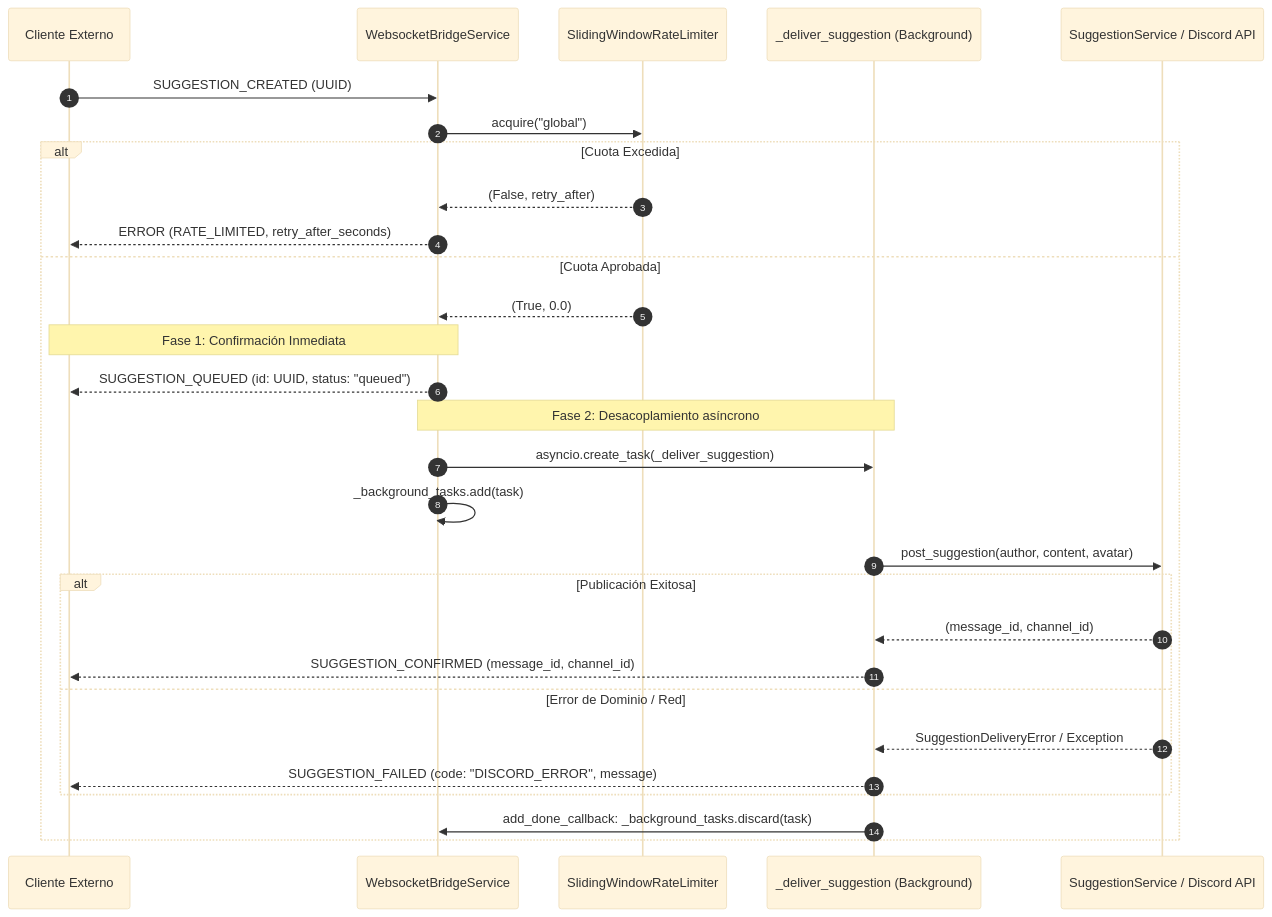
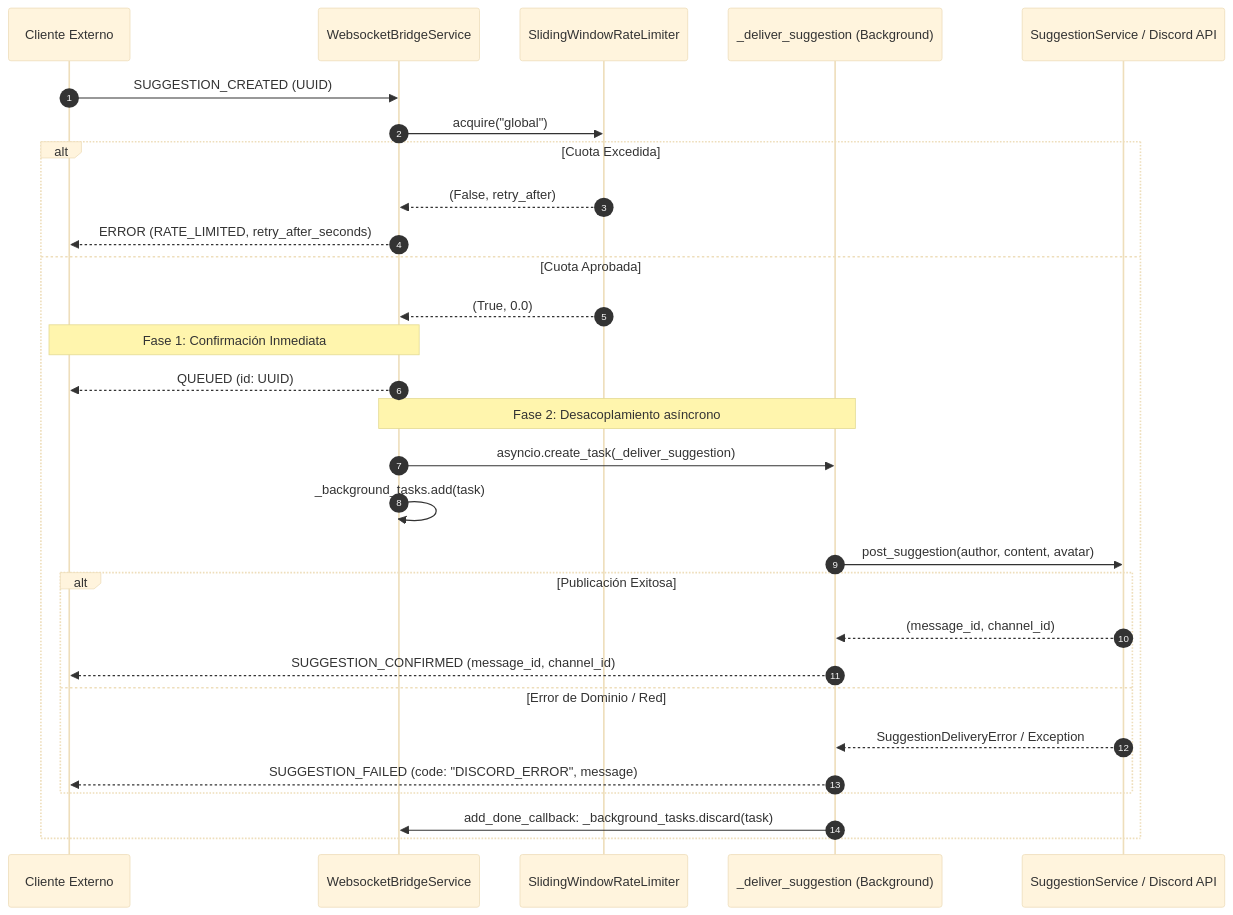
One commit to RCLTeam/DiscordBots changed the diagram in docs/features/websocket-bridge/protocol.md. Above: the diagram before and after it, drawn with Mermaid (base theme). The commit also changed other lines of this file and 3 other files, not shown here.

````diff
--- a/docs/features/websocket-bridge/protocol.md
+++ b/docs/features/websocket-bridge/protocol.md
@@ -270,34 +269,34 @@
 ```mermaid
 sequenceDiagram
     autonumber
     participant Client as Cliente Externo
     participant WS as WebsocketBridgeService
     participant RL as SlidingWindowRateLimiter
     participant Task as _deliver_suggestion (Background)
     participant Disc as SuggestionService / Discord API
 
     Client->>WS: SUGGESTION_CREATED (UUID)
     WS->>RL: acquire("global")
     alt Cuota Excedida
         RL-->>WS: (False, retry_after)
         WS-->>Client: ERROR (RATE_LIMITED, retry_after_seconds)
     else Cuota Aprobada
         RL-->>WS: (True, 0.0)
         Note over WS,Client: Fase 1: Confirmación Inmediata
-        WS-->>Client: SUGGESTION_QUEUED (id: UUID, status: "queued")
+        WS-->>Client: QUEUED (id: UUID)
         
         Note over WS,Task: Fase 2: Desacoplamiento asíncrono
         WS->>Task: asyncio.create_task(_deliver_suggestion)
         WS->>WS: _background_tasks.add(task)
         
         Task->>Disc: post_suggestion(author, content, avatar)
         alt Publicación Exitosa
             Disc-->>Task: (message_id, channel_id)
             Task-->>Client: SUGGESTION_CONFIRMED (message_id, channel_id)
         else Error de Dominio / Red
             Disc-->>Task: SuggestionDeliveryError / Exception
             Task-->>Client: SUGGESTION_FAILED (code: "DISCORD_ERROR", message)
         end
         Task->>WS: add_done_callback: _background_tasks.discard(task)
     end
 ```
````
